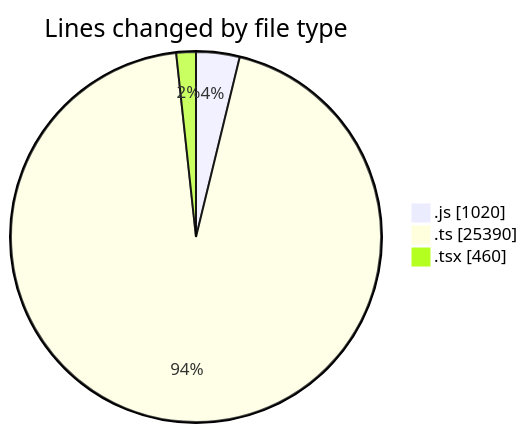
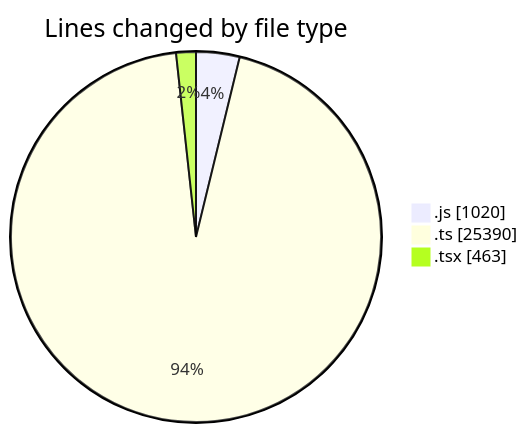
Before and after one commit to momahboobian/code-tracking: the first of 2 diagrams in 2026-01-15/cda/README.md, drawn with Mermaid. The commit also changed other lines of this file and 1 other file, not shown here.

````diff
--- a/2026-01-15/cda/README.md
+++ b/2026-01-15/cda/README.md
@@ -30,7 +30,7 @@
 ```mermaid
 pie showData
 title Lines changed by file type
 ".js" : 1020
 ".ts" : 25390
-".tsx" : 460
+".tsx" : 463
 ```
````
